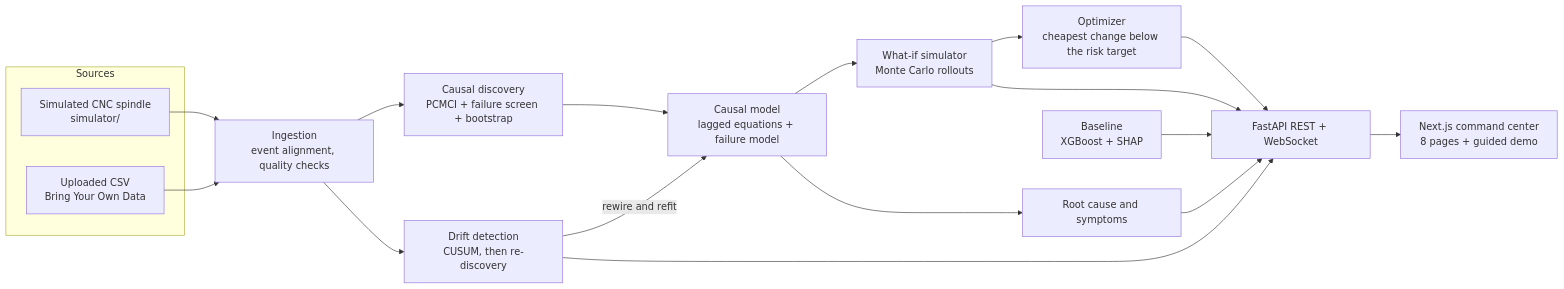
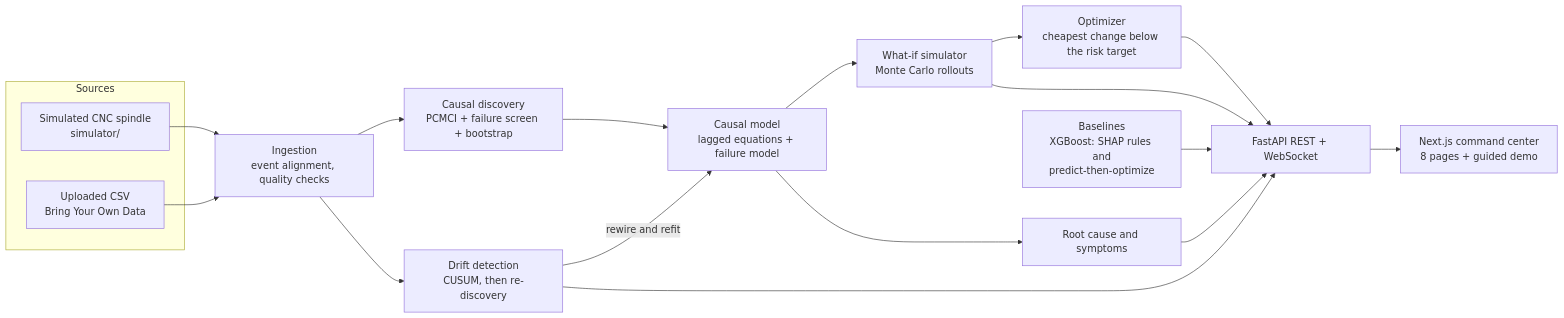
The diagram in README.md (rah-ul6958/CausalTwin), drawn with Mermaid before and after one commit. The commit also changed other lines of this file and 28 other files, not shown here.

````diff
--- a/README.md
+++ b/README.md
@@ -72,22 +82,22 @@
 ```mermaid
 flowchart LR
   subgraph Sources
     SIM["Simulated CNC spindle<br/>simulator/"]
     CSV["Uploaded CSV<br/>Bring Your Own Data"]
   end
   SIM --> ING["Ingestion<br/>event alignment, quality checks"]
   CSV --> ING
   ING --> DISC["Causal discovery<br/>PCMCI + failure screen + bootstrap"]
   DISC --> MODEL["Causal model<br/>lagged equations + failure model"]
   MODEL --> WHATIF["What-if simulator<br/>Monte Carlo rollouts"]
   WHATIF --> OPT["Optimizer<br/>cheapest change below the risk target"]
   MODEL --> RC["Root cause and symptoms"]
   ING --> DRIFT["Drift detection<br/>CUSUM, then re-discovery"]
   DRIFT -->|rewire and refit| MODEL
-  BASE["Baseline<br/>XGBoost + SHAP"] --> API
+  BASE["Baselines<br/>XGBoost: SHAP rules and<br/>predict-then-optimize"] --> API
   OPT --> API["FastAPI REST + WebSocket"]
   RC --> API
   WHATIF --> API
   DRIFT --> API
   API --> UI["Next.js command center<br/>8 pages + guided demo"]
 ```
````
